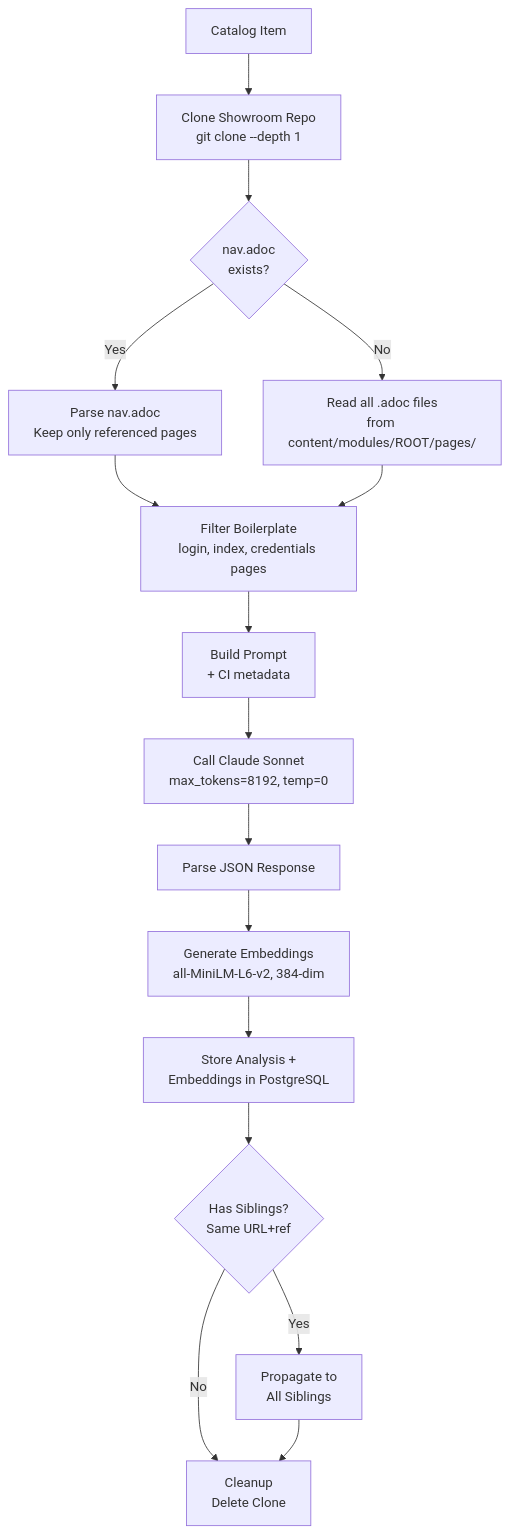
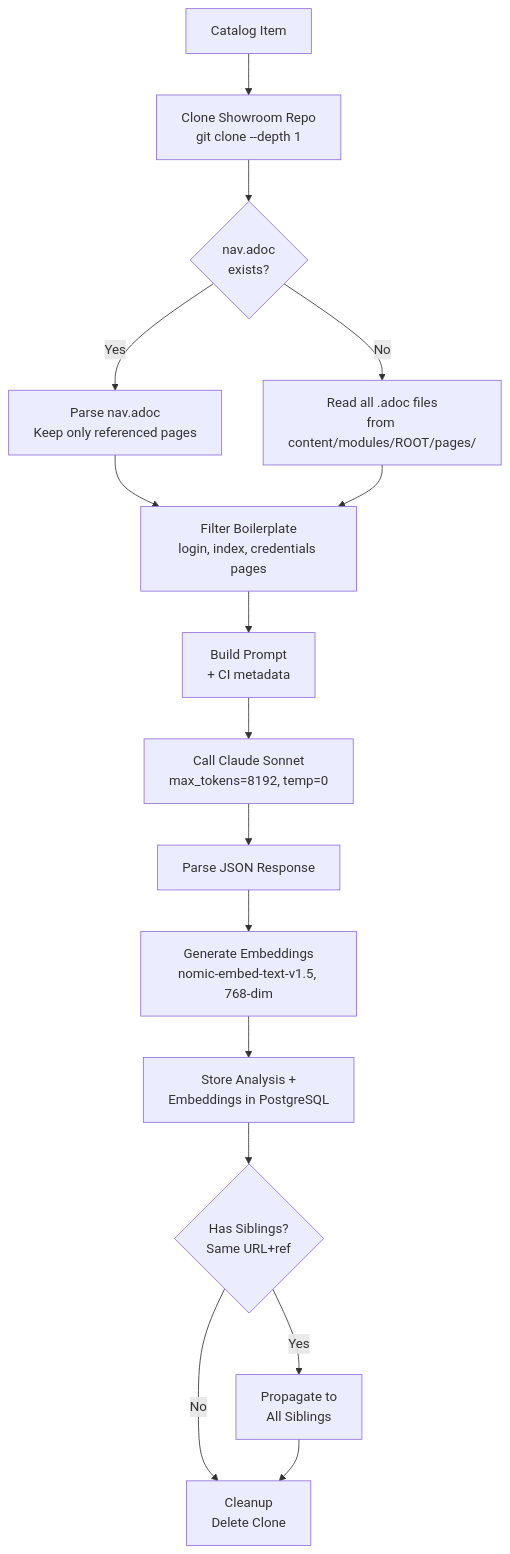
Before and after one commit to rhpds/rcars: the diagram in docs/architecture/scan-pipeline.md, drawn with Mermaid. The commit also changed other lines of this file and 14 other files, not shown here.

````diff
--- a/docs/architecture/scan-pipeline.md
+++ b/docs/architecture/scan-pipeline.md
@@ -12,18 +12,18 @@
 ```mermaid
 flowchart TD
     Start[Catalog Item] --> Clone[Clone Showroom Repo<br/>git clone --depth 1]
     Clone --> Nav{nav.adoc<br/>exists?}
     Nav -->|Yes| NavFilter[Parse nav.adoc<br/>Keep only referenced pages]
     Nav -->|No| ReadAll[Read all .adoc files<br/>from content/modules/ROOT/pages/]
     NavFilter --> Filter[Filter Boilerplate<br/>login, index, credentials pages]
     ReadAll --> Filter
     Filter --> Prompt[Build Prompt<br/>+ CI metadata]
     Prompt --> LLM[Call Claude Sonnet<br/>max_tokens=8192, temp=0]
     LLM --> Parse[Parse JSON Response]
-    Parse --> Embed[Generate Embeddings<br/>all-MiniLM-L6-v2, 384-dim]
+    Parse --> Embed[Generate Embeddings<br/>nomic-embed-text-v1.5, 768-dim]
     Embed --> Store[Store Analysis +<br/>Embeddings in PostgreSQL]
     Store --> Siblings{Has Siblings?<br/>Same URL+ref}
     Siblings -->|Yes| Propagate[Propagate to<br/>All Siblings]
     Siblings -->|No| Cleanup[Cleanup<br/>Delete Clone]
     Propagate --> Cleanup
 ```
````
